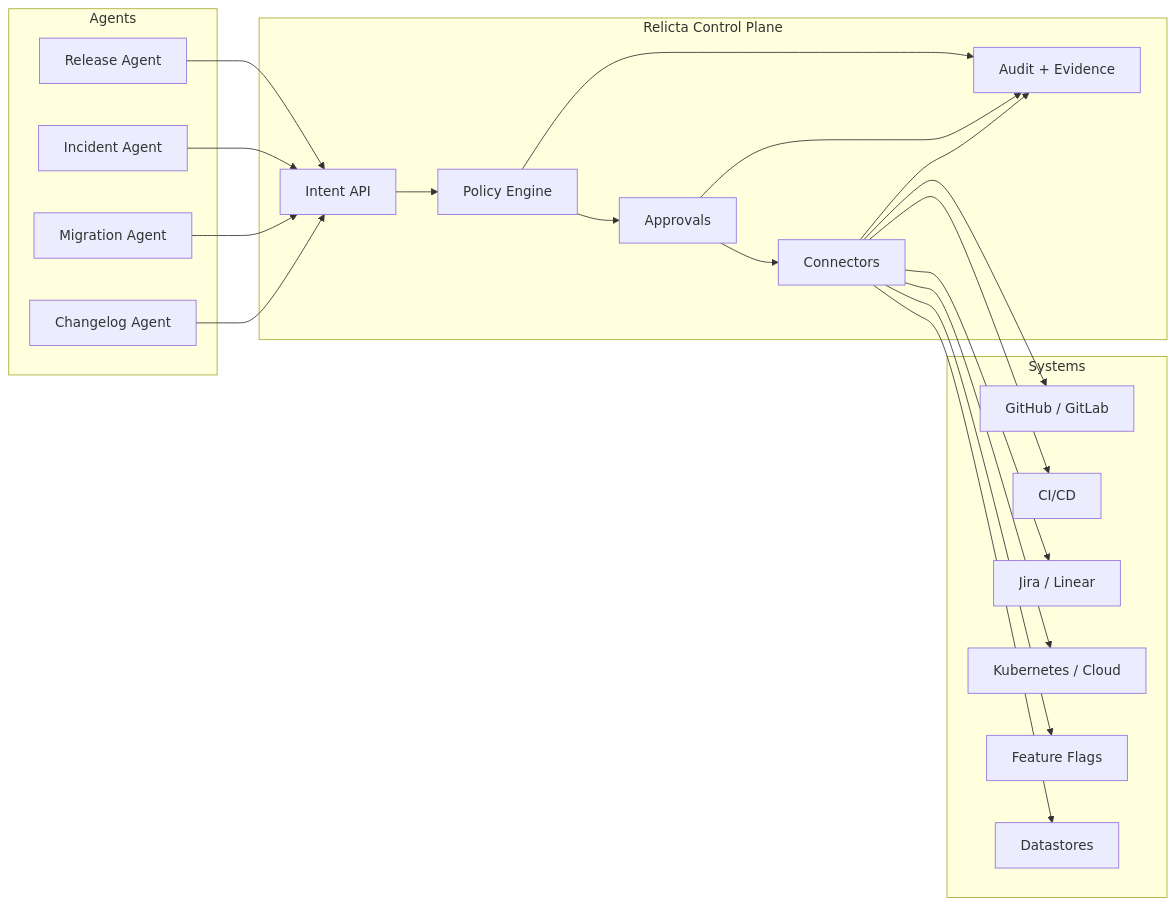
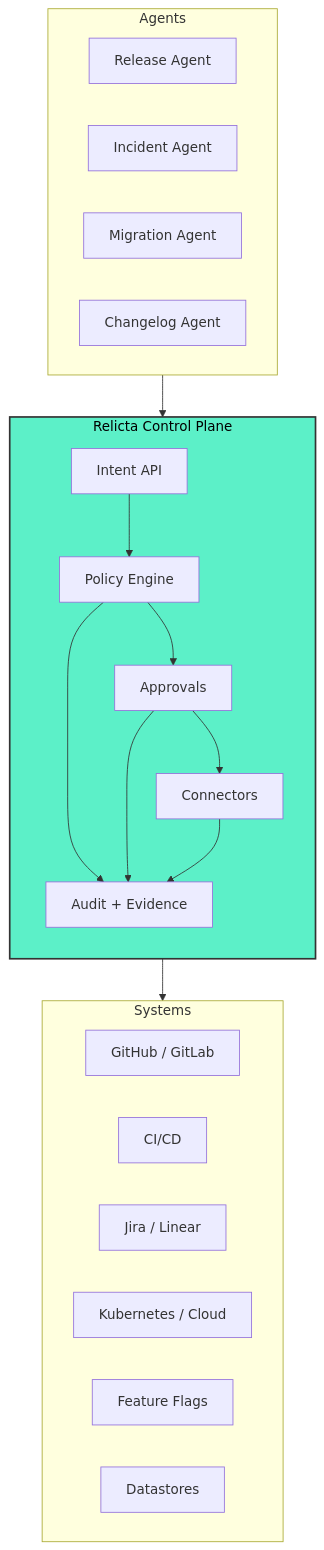
One commit to relicta-tech/relicta-site changed the fifth of 5 diagrams in src/content/blog/why-ai-agents-need-permission.mdx. Above: the diagram before and after it, drawn with Mermaid. The commit also changed other lines of this file, not shown here.

Commit message:
style(docs): normalize diagram labels, layout, and accent styling

````diff
--- a/src/content/blog/why-ai-agents-need-permission.mdx
+++ b/src/content/blog/why-ai-agents-need-permission.mdx
@@ -279,43 +285,36 @@
 ```mermaid
-flowchart LR
+flowchart TB
   subgraph Agents
-    A1[Release Agent]
-    A2[Incident Agent]
-    A3[Migration Agent]
-    A4[Changelog Agent]
+    direction LR
+    A1["Release Agent"]
+    A2["Incident Agent"]
+    A3["Migration Agent"]
+    A4["Changelog Agent"]
   end
 
-  subgraph RelictaCP[Relicta Control Plane]
-    I[Intent API]
-    P[Policy Engine]
-    Ap[Approvals]
-    Co[Connectors]
-    Au[Audit + Evidence]
+  subgraph RelictaCP ["Relicta Control Plane"]
+    direction TB
+    I["Intent API"] --> P["Policy Engine"]
+    P --> Ap["Approvals"]
+    Ap --> Co["Connectors"]
+    P --> Au["Audit + Evidence"]
+    Ap --> Au
+    Co --> Au
   end
 
   subgraph Systems
-    GH[GitHub / GitLab]
-    CI[CI/CD]
-    J[Jira / Linear]
-    K[Kubernetes / Cloud]
-    F[Feature Flags]
-    D[Datastores]
+    direction LR
+    GH["GitHub / GitLab"]
+    CI["CI/CD"]
+    J["Jira / Linear"]
+    K["Kubernetes / Cloud"]
+    F["Feature Flags"]
+    D["Datastores"]
   end
 
-  A1 --> I
-  A2 --> I
-  A3 --> I
-  A4 --> I
+  Agents --> I
+  Co --> Systems
 
-  I --> P --> Ap --> Co
-  Co --> GH
-  Co --> CI
-  Co --> J
-  Co --> K
-  Co --> F
-  Co --> D
-
-  P --> Au
-  Ap --> Au
-  Co --> Au
+  classDef accent fill:#5cf0c8,stroke:#333,stroke-width:2px,color:#000;
+  class RelictaCP accent;
 ```
````
